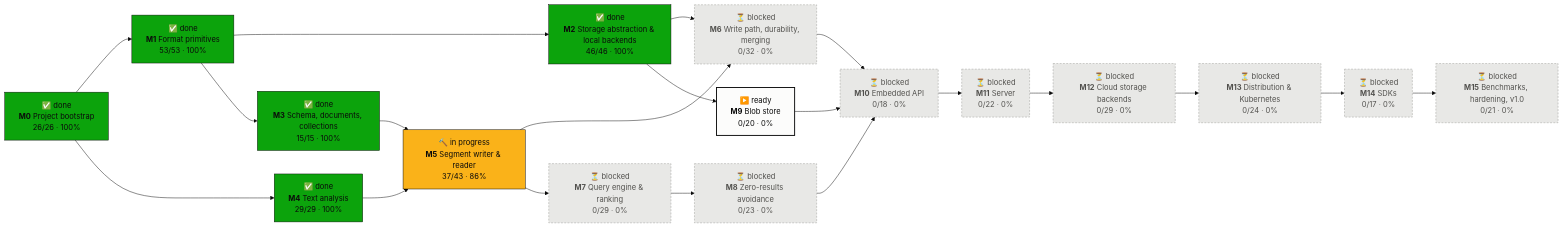
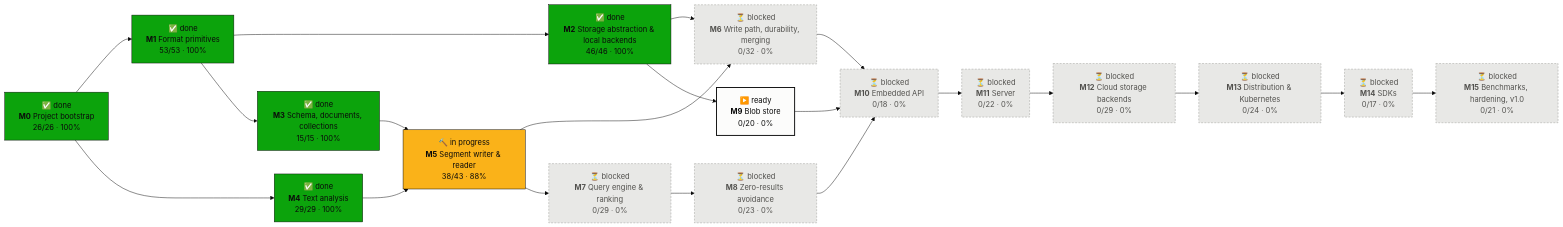
The first of 2 diagrams in PROGRESS.md (tomiok/persiaDB), drawn with Mermaid (base theme) before and after one commit. The commit also changed other lines of this file and 9 other files, not shown here.

First line of the commit message:
Validate block tables once per segment (ROADMAP 5.3.10) (#29)

````diff
--- a/PROGRESS.md
+++ b/PROGRESS.md
@@ -16,42 +16,42 @@
 ```mermaid
 flowchart LR
   M0["✅ done<br/><b>M0</b> Project bootstrap<br/>26/26 · 100%"]:::done
   M1["✅ done<br/><b>M1</b> Format primitives<br/>53/53 · 100%"]:::done
   M2["✅ done<br/><b>M2</b> Storage abstraction & local backends<br/>46/46 · 100%"]:::done
   M3["✅ done<br/><b>M3</b> Schema, documents, collections<br/>15/15 · 100%"]:::done
   M4["✅ done<br/><b>M4</b> Text analysis<br/>29/29 · 100%"]:::done
-  M5["🔨 in progress<br/><b>M5</b> Segment writer & reader<br/>37/43 · 86%"]:::doing
+  M5["🔨 in progress<br/><b>M5</b> Segment writer & reader<br/>38/43 · 88%"]:::doing
   M6["⏳ blocked<br/><b>M6</b> Write path, durability, merging<br/>0/32 · 0%"]:::blocked
   M7["⏳ blocked<br/><b>M7</b> Query engine & ranking<br/>0/29 · 0%"]:::blocked
   M8["⏳ blocked<br/><b>M8</b> Zero-results avoidance<br/>0/23 · 0%"]:::blocked
   M9["▶️ ready<br/><b>M9</b> Blob store<br/>0/20 · 0%"]:::ready
   M10["⏳ blocked<br/><b>M10</b> Embedded API<br/>0/18 · 0%"]:::blocked
   M11["⏳ blocked<br/><b>M11</b> Server<br/>0/22 · 0%"]:::blocked
   M12["⏳ blocked<br/><b>M12</b> Cloud storage backends<br/>0/29 · 0%"]:::blocked
   M13["⏳ blocked<br/><b>M13</b> Distribution & Kubernetes<br/>0/24 · 0%"]:::blocked
   M14["⏳ blocked<br/><b>M14</b> SDKs<br/>0/17 · 0%"]:::blocked
   M15["⏳ blocked<br/><b>M15</b> Benchmarks, hardening, v1.0<br/>0/21 · 0%"]:::blocked
   M0 --> M1
   M1 --> M2
   M1 --> M3
   M0 --> M4
   M3 --> M5
   M4 --> M5
   M2 --> M6
   M5 --> M6
   M5 --> M7
   M7 --> M8
   M2 --> M9
   M6 --> M10
   M8 --> M10
   M9 --> M10
   M10 --> M11
   M11 --> M12
   M12 --> M13
   M13 --> M14
   M14 --> M15
   classDef done fill:#0ca30c,stroke:#0b0b0b,color:#0b0b0b
   classDef doing fill:#fab219,stroke:#0b0b0b,color:#0b0b0b
   classDef ready fill:#fcfcfb,stroke:#0b0b0b,stroke-width:2px,color:#0b0b0b
   classDef blocked fill:#e8e8e6,stroke:#9a9a96,stroke-dasharray:4 3,color:#52514e
 ```
````
